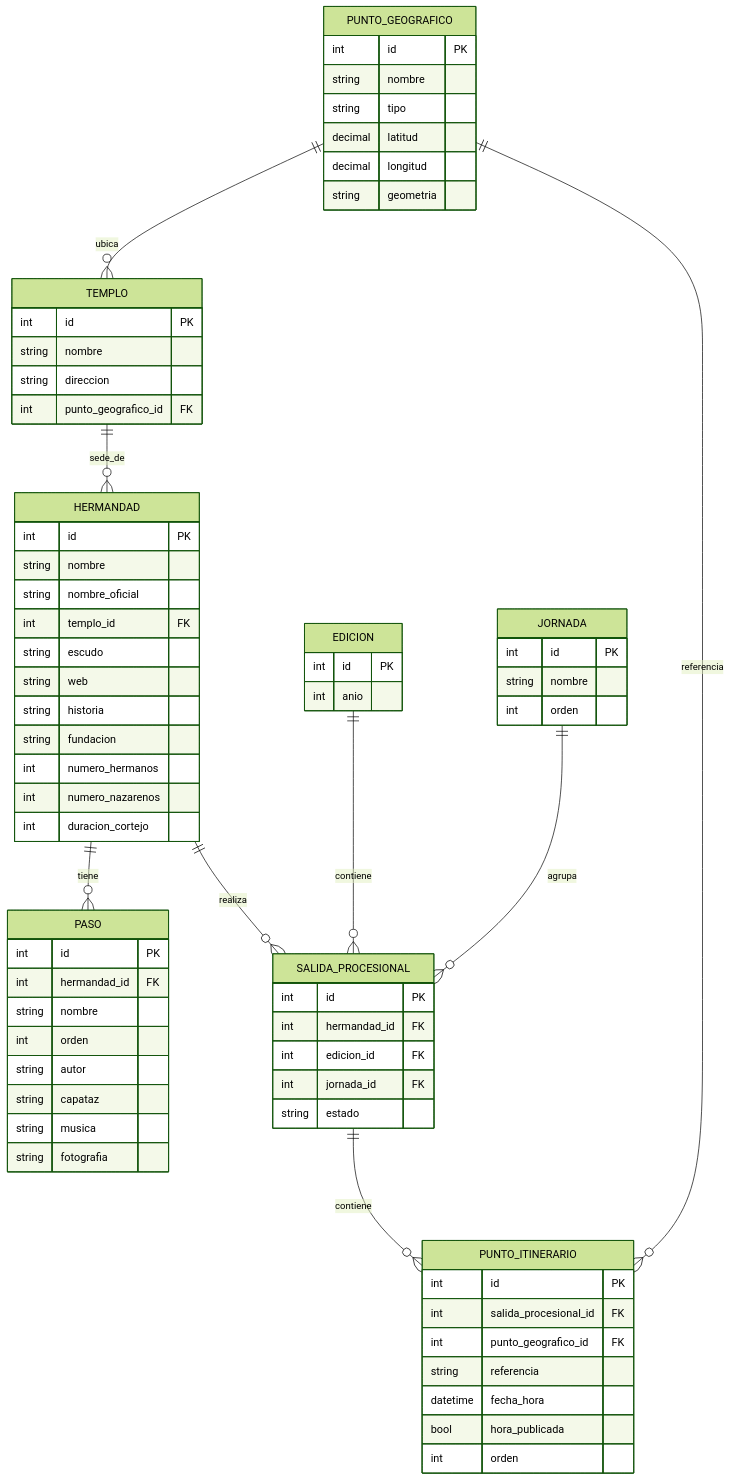
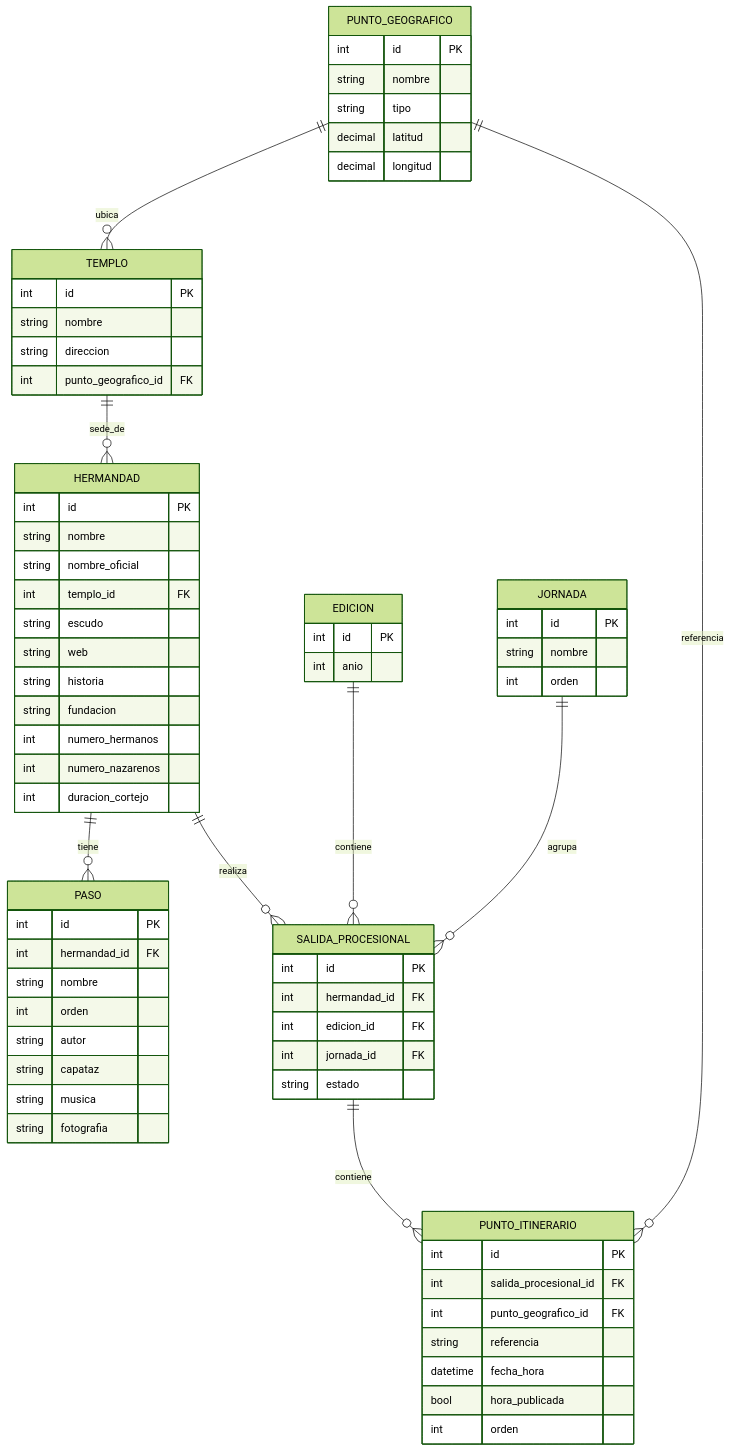
The first of 2 diagrams in docs/datos/MODELO.md (barrerot/cofradar2026), drawn with Mermaid (forest theme) before and after one commit. The commit also changed other lines of this file and 1 other file, not shown here.

````diff
--- a/docs/datos/MODELO.md
+++ b/docs/datos/MODELO.md
@@ -7,81 +7,80 @@
 ```mermaid
 erDiagram
     PUNTO_GEOGRAFICO {
         int id PK
         string nombre
         string tipo
         decimal latitud
         decimal longitud
-        string geometria
     }
 
     TEMPLO {
         int id PK
         string nombre
         string direccion
         int punto_geografico_id FK
     }
 
     HERMANDAD {
         int id PK
         string nombre
         string nombre_oficial
         int templo_id FK
         string escudo
         string web
         string historia
         string fundacion
         int numero_hermanos
         int numero_nazarenos
         int duracion_cortejo
     }
 
     PASO {
         int id PK
         int hermandad_id FK
         string nombre
         int orden
         string autor
         string capataz
         string musica
         string fotografia
     }
 
     EDICION {
         int id PK
         int anio
     }
 
     JORNADA {
         int id PK
         string nombre
         int orden
     }
 
     SALIDA_PROCESIONAL {
         int id PK
         int hermandad_id FK
         int edicion_id FK
         int jornada_id FK
         string estado
     }
 
     PUNTO_ITINERARIO {
         int id PK
         int salida_procesional_id FK
         int punto_geografico_id FK
         string referencia
         datetime fecha_hora
         bool hora_publicada
         int orden
     }
 
     PUNTO_GEOGRAFICO ||--o{ TEMPLO : ubica
     TEMPLO ||--o{ HERMANDAD : sede_de
     HERMANDAD ||--o{ PASO : tiene
     HERMANDAD ||--o{ SALIDA_PROCESIONAL : realiza
     EDICION ||--o{ SALIDA_PROCESIONAL : contiene
     JORNADA ||--o{ SALIDA_PROCESIONAL : agrupa
     SALIDA_PROCESIONAL ||--o{ PUNTO_ITINERARIO : contiene
     PUNTO_GEOGRAFICO ||--o{ PUNTO_ITINERARIO : referencia
 ```
````
